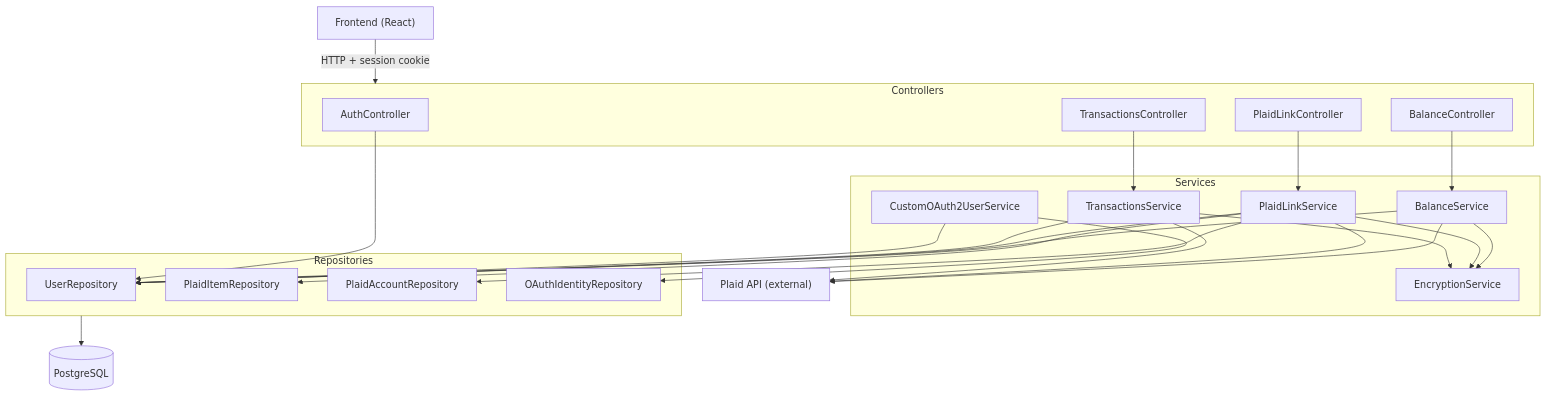
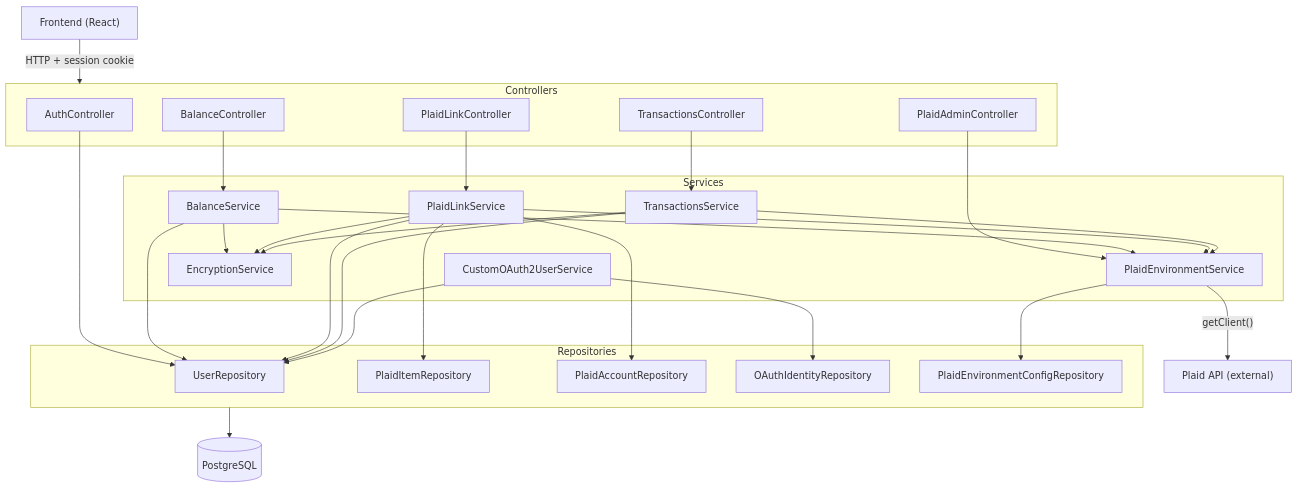
The diagram in documentation/ARCHITECTURE.md (Cassen999/banksy-backend), drawn with Mermaid before and after one commit. The commit also changed other lines of this file and 31 other files, not shown here.

````diff
--- a/documentation/ARCHITECTURE.md
+++ b/documentation/ARCHITECTURE.md
@@ -9,43 +9,49 @@
 ```mermaid
 flowchart TD
     FE["Frontend (React)"]
 
     subgraph Controllers
         AC["AuthController"]
         BC["BalanceController"]
         PLC["PlaidLinkController"]
         TC["TransactionsController"]
+        PAC["PlaidAdminController"]
     end
 
     subgraph Services
         BS["BalanceService"]
         PLS["PlaidLinkService"]
         TS["TransactionsService"]
         OAS["CustomOAuth2UserService"]
         ES["EncryptionService"]
+        PES["PlaidEnvironmentService"]
     end
 
     subgraph Repositories
         UR["UserRepository"]
         PIR["PlaidItemRepository"]
         PAR["PlaidAccountRepository"]
         OIR["OAuthIdentityRepository"]
+        PECR["PlaidEnvironmentConfigRepository"]
     end
 
     DB[(PostgreSQL)]
     Plaid["Plaid API (external)"]
 
     FE -->|"HTTP + session cookie"| Controllers
 
     AC --> UR
     BC --> BS
     PLC --> PLS
     TC --> TS
+    PAC --> PES
 
-    BS --> ES & UR & Plaid
-    PLS --> ES & UR & PIR & PAR & Plaid
-    TS --> ES & UR & Plaid
+    BS --> ES & UR & PES
+    PLS --> ES & UR & PIR & PAR & PES
+    TS --> ES & UR & PES
     OAS --> UR & OIR
+    PES --> PECR
 
+    PES -->|"getClient()"| Plaid
     Repositories --> DB
 ```
````
